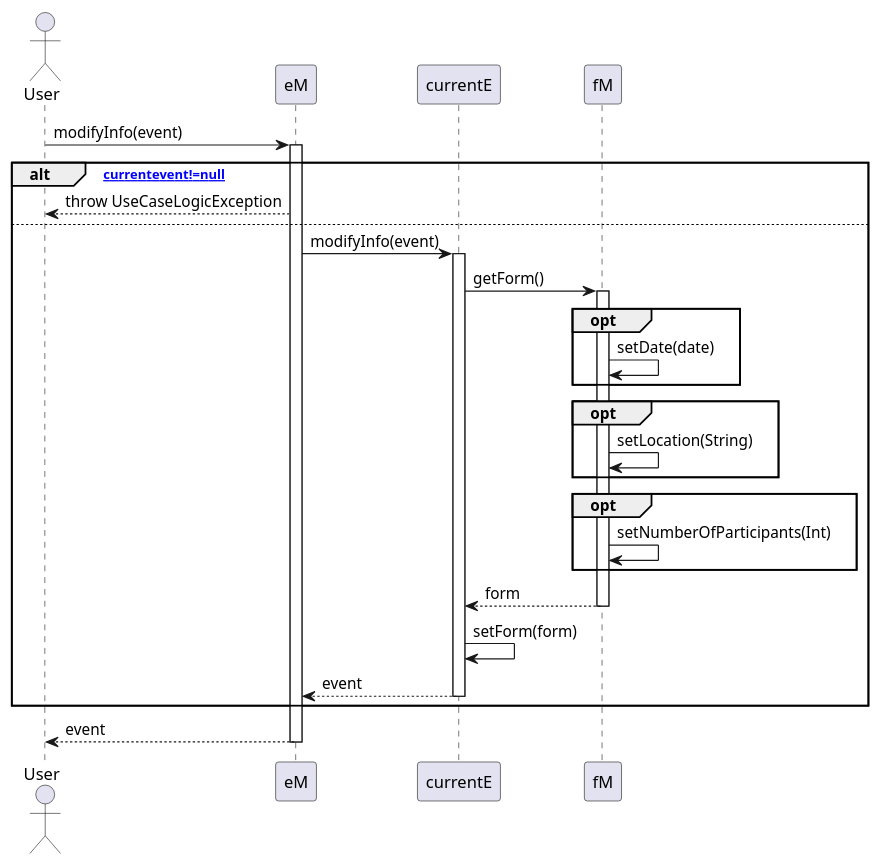
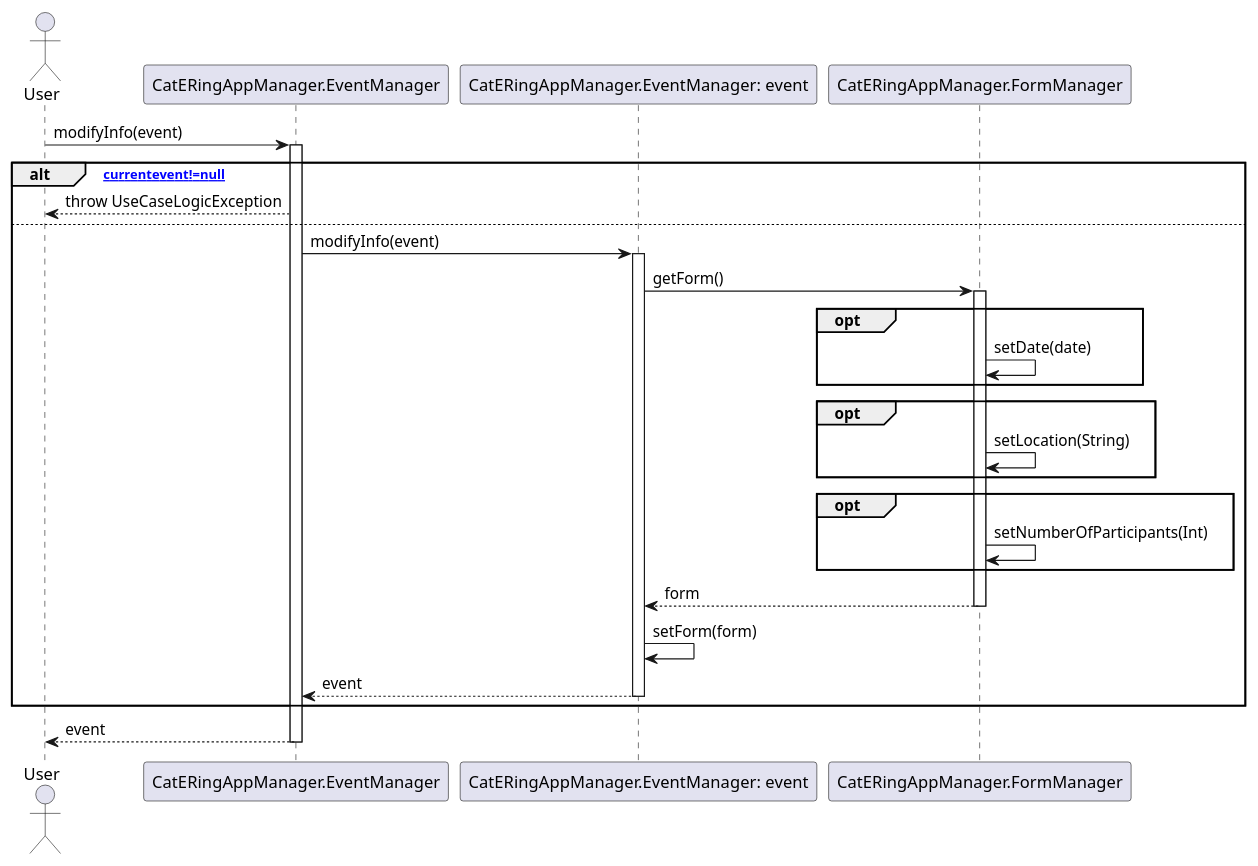
One commit to m0canu1/sas changed the diagram in dsd/dsd-eventi/estensioniEcc/estensione2a.md. Above: the diagram before and after it, drawn with PlantUML. The commit also changed 7 other files, not shown here.

````diff
--- a/dsd/dsd-eventi/estensioniEcc/estensione2a.md
+++ b/dsd/dsd-eventi/estensioniEcc/estensione2a.md
@@ -1,39 +1,39 @@
 ```plantuml
 Actor User
-Participant eM
-Participant currentE
-Participant fM
+Participant "CatERingAppManager.EventManager"
+Participant "CatERingAppManager.EventManager: event"
+Participant "CatERingAppManager.FormManager"
 
-User -> eM: modifyInfo(event)
-Activate eM
+User -> "CatERingAppManager.EventManager": modifyInfo(event)
+Activate "CatERingAppManager.EventManager"
 
 alt [currentevent!=null]
-    eM --> User: throw UseCaseLogicException
+    "CatERingAppManager.EventManager" --> User: throw UseCaseLogicException
 else
-    eM -> currentE: modifyInfo(event)
-    Activate currentE
+    "CatERingAppManager.EventManager" -> "CatERingAppManager.EventManager: event": modifyInfo(event)
+    Activate "CatERingAppManager.EventManager: event"
     
-    currentE -> fM: getForm()
-    Activate fM
+    "CatERingAppManager.EventManager: event" -> "CatERingAppManager.FormManager": getForm()
+    Activate "CatERingAppManager.FormManager"
     opt
-        fM -> fM: setDate(date)
+        "CatERingAppManager.FormManager" -> "CatERingAppManager.FormManager": setDate(date)
     end
     opt
-        fM -> fM: setLocation(String)
+        "CatERingAppManager.FormManager" -> "CatERingAppManager.FormManager": setLocation(String)
     end
     opt
-        fM -> fM: setNumberOfParticipants(Int) 
+        "CatERingAppManager.FormManager" -> "CatERingAppManager.FormManager": setNumberOfParticipants(Int) 
     end
-    fM --> currentE: form
-    Deactivate fM
+    "CatERingAppManager.FormManager" --> "CatERingAppManager.EventManager: event": form
+    Deactivate "CatERingAppManager.FormManager"
     
-    currentE -> currentE: setForm(form)
+    "CatERingAppManager.EventManager: event" -> "CatERingAppManager.EventManager: event": setForm(form)
 
-    currentE --> eM: event
-    Deactivate currentE
+    "CatERingAppManager.EventManager: event" --> "CatERingAppManager.EventManager": event
+    Deactivate "CatERingAppManager.EventManager: event"
 end
-eM --> User: event
-Deactivate eM
+"CatERingAppManager.EventManager" --> User: event
+Deactivate "CatERingAppManager.EventManager"
 
 
 ```
````
